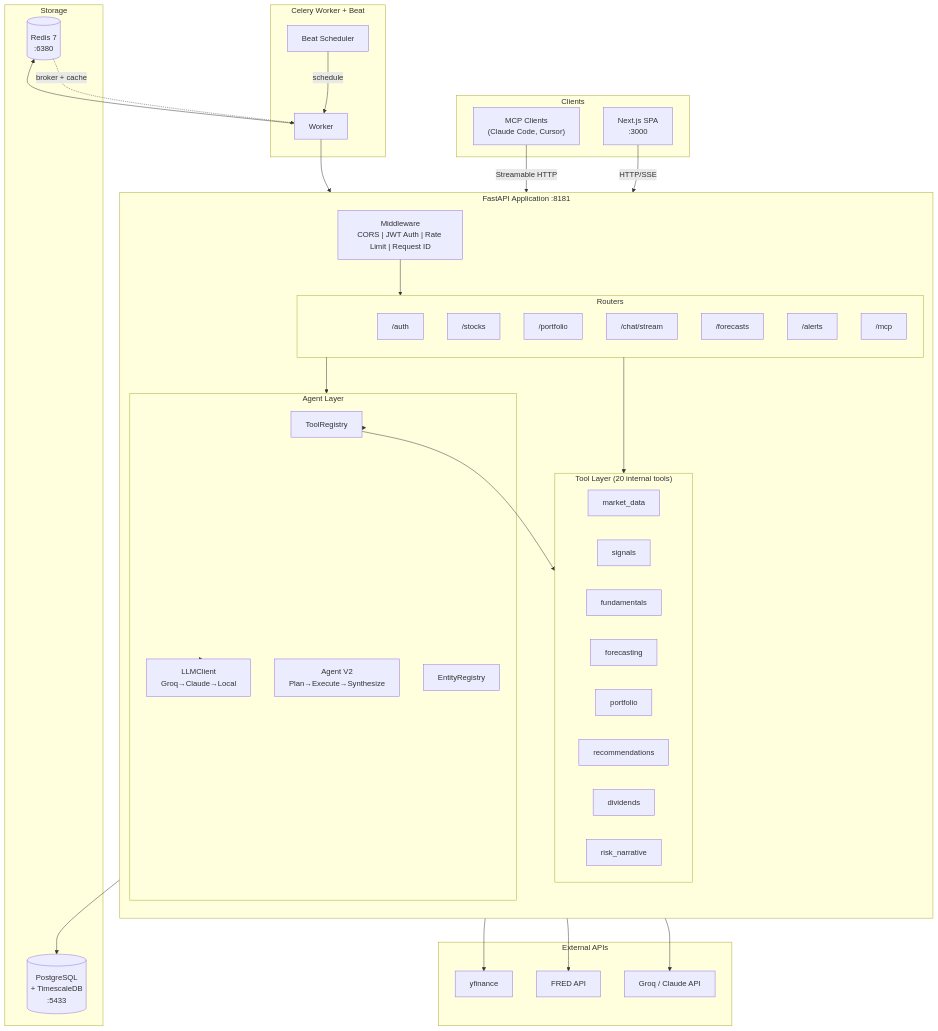
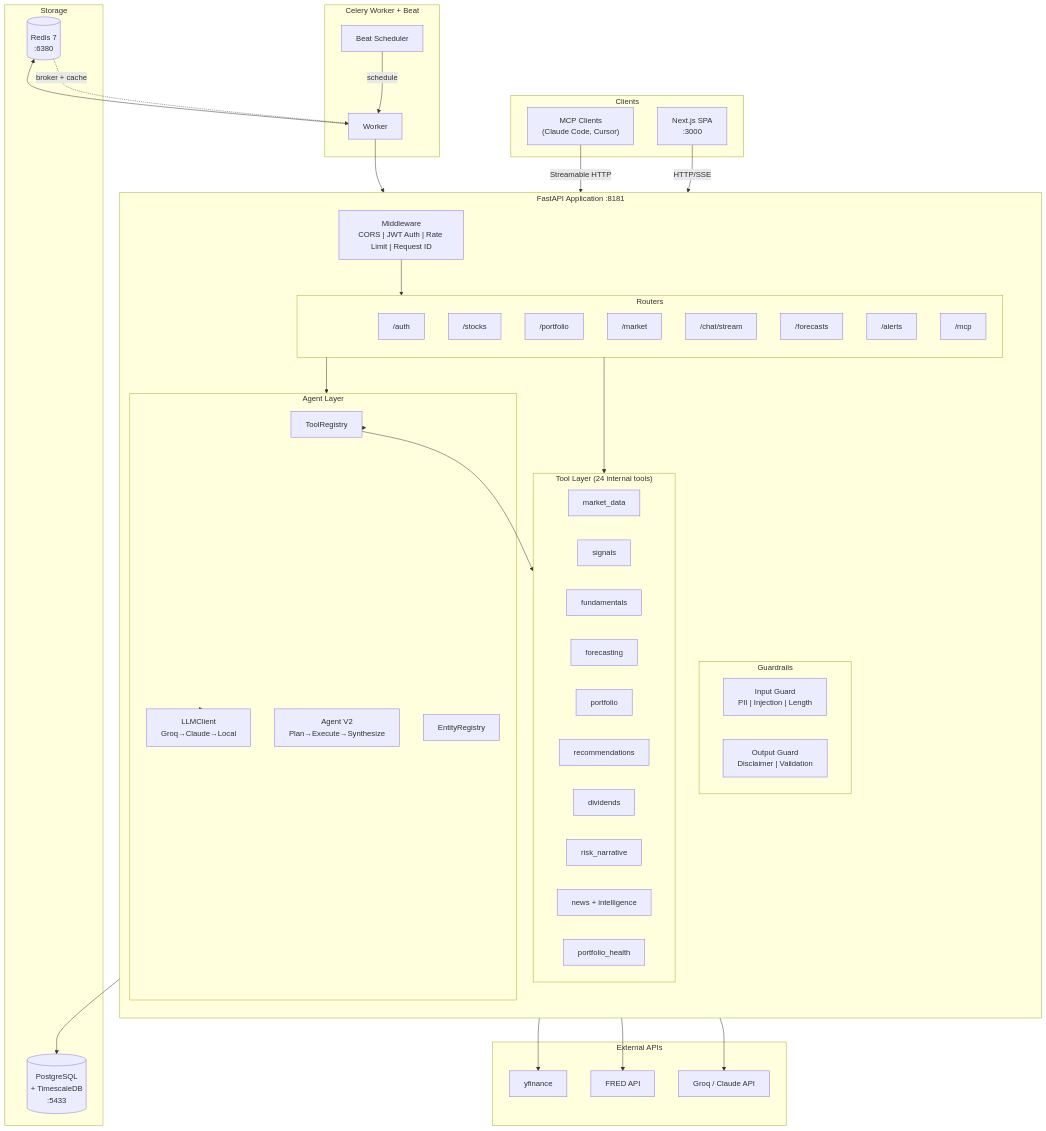
The first of 7 diagrams in docs/TDD.md (vipulbhatia29/stock-signal-platform), drawn with Mermaid before and after one commit. The commit also changed other lines of this file and 27 other files, not shown here.

First line of the commit message:
[KAN-160] Agent Intelligence — 4 new tools, planner routing, response_type (#104)

````diff
--- a/docs/TDD.md
+++ b/docs/TDD.md
@@ -25,71 +25,79 @@
 ```mermaid
 graph TB
     subgraph Clients
         NextJS["Next.js SPA<br/>:3000"]
         MCP_Client["MCP Clients<br/>(Claude Code, Cursor)"]
     end
 
     subgraph FastAPI["FastAPI Application :8181"]
         direction TB
         MW["Middleware<br/>CORS | JWT Auth | Rate Limit | Request ID"]
 
         subgraph Routers
             R_Auth["/auth"]
             R_Stocks["/stocks"]
             R_Portfolio["/portfolio"]
+            R_Market["/market"]
             R_Chat["/chat/stream"]
             R_Forecast["/forecasts"]
             R_Alerts["/alerts"]
             R_MCP["/mcp"]
         end
 
-        subgraph Tools["Tool Layer (20 internal tools)"]
+        subgraph Tools["Tool Layer (24 internal tools)"]
             T_Market["market_data"]
             T_Signals["signals"]
             T_Fund["fundamentals"]
             T_Forecast["forecasting"]
             T_Portfolio["portfolio"]
             T_Recs["recommendations"]
             T_Divs["dividends"]
             T_Risk["risk_narrative"]
+            T_Intel["news + intelligence"]
+            T_Health["portfolio_health"]
+        end
+
+        subgraph Guards["Guardrails"]
+            G_Input["Input Guard<br/>PII | Injection | Length"]
+            G_Output["Output Guard<br/>Disclaimer | Validation"]
         end
 
         subgraph Agents["Agent Layer"]
             TR["ToolRegistry"]
             AG_V2["Agent V2<br/>Plan→Execute→Synthesize"]
             ER["EntityRegistry"]
             LLM["LLMClient<br/>Groq→Claude→Local"]
         end
     end
 
     subgraph Storage
         PG[("PostgreSQL<br/>+ TimescaleDB<br/>:5433")]
         Redis[("Redis 7<br/>:6380")]
     end
 
     subgraph Background["Celery Worker + Beat"]
         CW["Worker"]
         CB["Beat Scheduler"]
     end
 
     subgraph External["External APIs"]
         YF["yfinance"]
         FRED["FRED API"]
         Groq["Groq / Claude API"]
     end
 
     NextJS -->|HTTP/SSE| MW
     MCP_Client -->|Streamable HTTP| R_MCP
     MW --> Routers
     Routers --> Tools
     Routers --> Agents
     Agents --> TR --> Tools
     Agents --> LLM --> Groq
     Tools --> PG
     Tools --> YF
     Tools --> FRED
     CB -->|schedule| CW
     CW --> Tools
     CW --> Redis
     Redis -.->|broker + cache| CW
 ```
````
